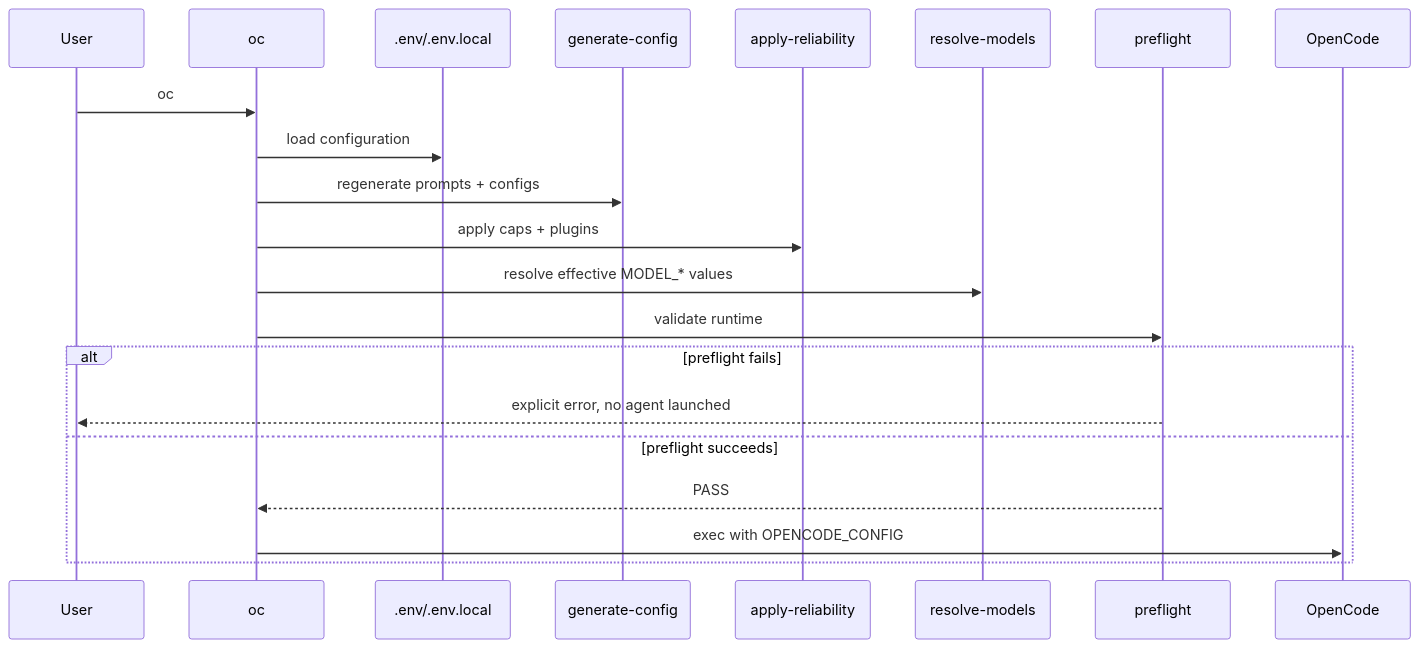
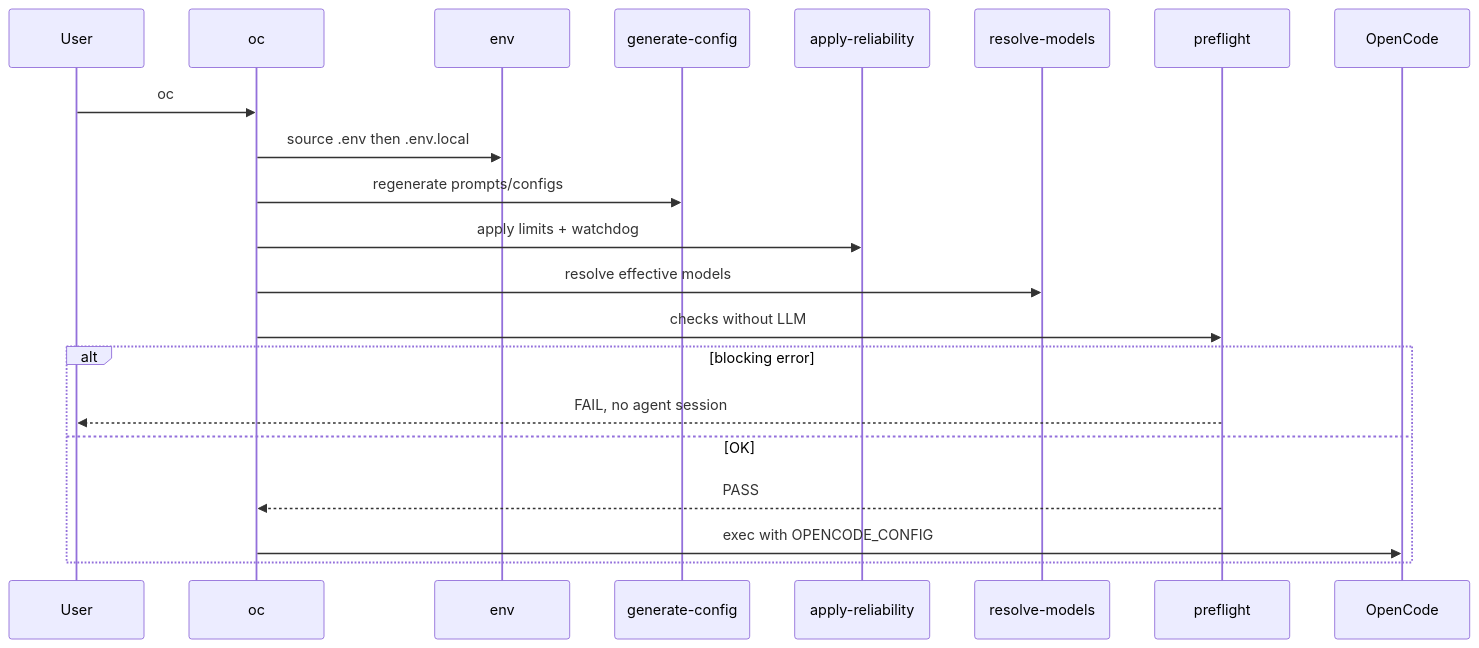
Before and after one commit to ylascaux/opencode-agent-toolkit: the second of 4 diagrams in docs/en/SYSTEM_ARCHITECTURE.md, drawn with Mermaid. The commit also changed other lines of this file, not shown here.

Commit message:
Align English system architecture with advanced guardrails

````diff
--- a/docs/en/SYSTEM_ARCHITECTURE.md
+++ b/docs/en/SYSTEM_ARCHITECTURE.md
@@ -116,24 +128,24 @@
 ```mermaid
 sequenceDiagram
     participant U as User
     participant CLI as oc
-    participant ENV as .env/.env.local
+    participant ENV as env
     participant GEN as generate-config
     participant REL as apply-reliability
     participant MOD as resolve-models
     participant PF as preflight
     participant OC as OpenCode
 
     U->>CLI: oc
-    CLI->>ENV: load configuration
-    CLI->>GEN: regenerate prompts + configs
-    CLI->>REL: apply caps + plugins
-    CLI->>MOD: resolve effective MODEL_* values
-    CLI->>PF: validate runtime
-    alt preflight fails
-        PF-->>U: explicit error, no agent launched
-    else preflight succeeds
+    CLI->>ENV: source .env then .env.local
+    CLI->>GEN: regenerate prompts/configs
+    CLI->>REL: apply limits + watchdog
+    CLI->>MOD: resolve effective models
+    CLI->>PF: checks without LLM
+    alt blocking error
+        PF-->>U: FAIL, no agent session
+    else OK
         PF-->>CLI: PASS
         CLI->>OC: exec with OPENCODE_CONFIG
     end
 ```
````
